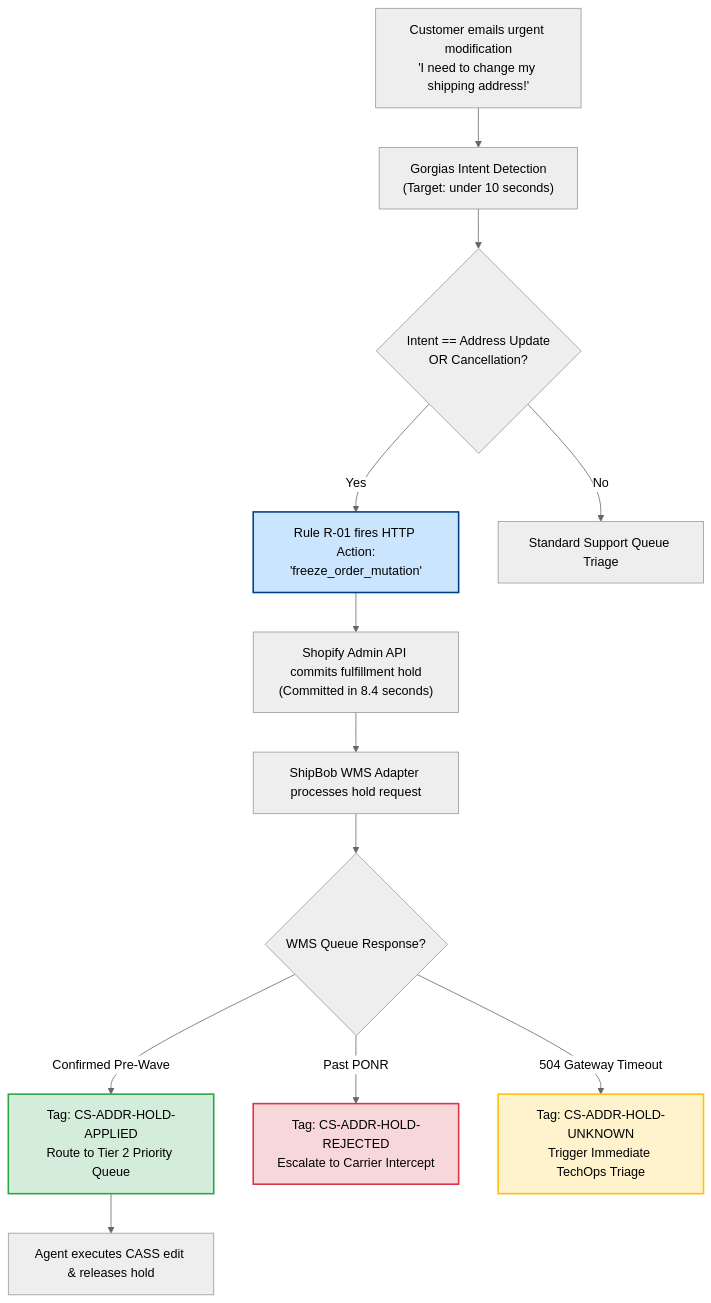
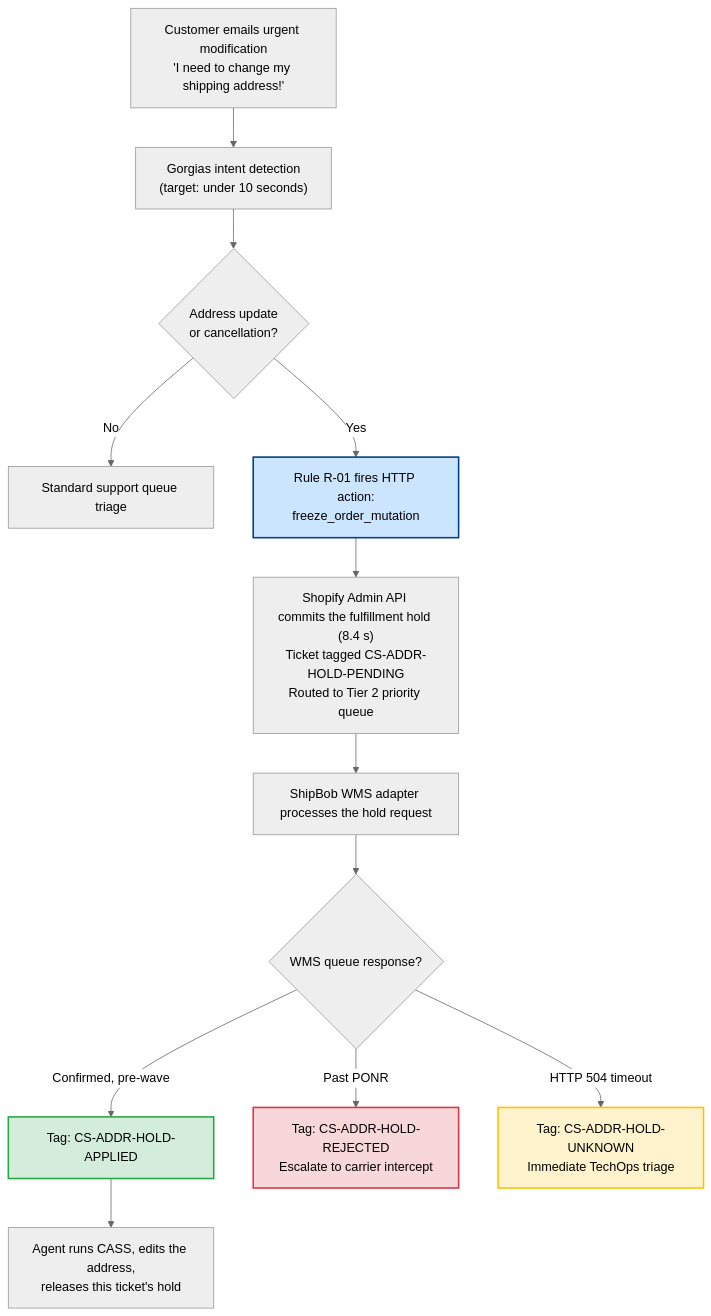
The first of 3 diagrams in domain-6-frontline-helpdesk/MasterDossier-Domain6-FrontlineHelpdeskAutomation.md (riovicsusas/portfolio), drawn with Mermaid (neutral theme) before and after one commit. The commit also changed other lines of this file and 1 other file, not shown here.

````diff
--- a/domain-6-frontline-helpdesk/MasterDossier-Domain6-FrontlineHelpdeskAutomation.md
+++ b/domain-6-frontline-helpdesk/MasterDossier-Domain6-FrontlineHelpdeskAutomation.md
@@ -68,19 +77,19 @@
 ```mermaid
 flowchart TD
-    A["Customer emails urgent modification<br/>'I need to change my shipping address!'"] --> B["Gorgias Intent Detection<br/>(Target: under 10 seconds)"]
-    B --> C{"Intent == Address Update<br/>OR Cancellation?"}
-    C -- "Yes" --> D["Rule R-01 fires HTTP Action:<br/>'freeze_order_mutation'"]
-    D --> E["Shopify Admin API commits fulfillment hold<br/>(Committed in 8.4 seconds)"]
-    E --> F["ShipBob WMS Adapter processes hold request"]
-    F --> G{"WMS Queue Response?"}
-    G -- "Confirmed Pre-Wave" --> H["Tag: CS-ADDR-HOLD-APPLIED<br/>Route to Tier 2 Priority Queue"]
-    G -- "Past PONR" --> I["Tag: CS-ADDR-HOLD-REJECTED<br/>Escalate to Carrier Intercept"]
-    G -- "504 Gateway Timeout" --> J["Tag: CS-ADDR-HOLD-UNKNOWN<br/>Trigger Immediate TechOps Triage"]
-    H --> K["Agent executes CASS edit & releases hold"]
-    C -- "No" --> L["Standard Support Queue Triage"]
+    A["Customer emails urgent modification<br/>'I need to change my shipping address!'"] --> B["Gorgias intent detection<br/>(target: under 10 seconds)"]
+    B --> C{"Address update<br/>or cancellation?"}
+    C -- "No" --> L["Standard support queue triage"]
+    C -- "Yes" --> D["Rule R-01 fires HTTP action:<br/>freeze_order_mutation"]
+    D --> E["Shopify Admin API commits the fulfillment hold (8.4 s)<br/>Ticket tagged CS-ADDR-HOLD-PENDING<br/>Routed to Tier 2 priority queue"]
+    E --> F["ShipBob WMS adapter processes the hold request"]
+    F --> G{"WMS queue response?"}
+    G -- "Confirmed, pre-wave" --> H["Tag: CS-ADDR-HOLD-APPLIED"]
+    G -- "Past PONR" --> I["Tag: CS-ADDR-HOLD-REJECTED<br/>Escalate to carrier intercept"]
+    G -- "HTTP 504 timeout" --> J["Tag: CS-ADDR-HOLD-UNKNOWN<br/>Immediate TechOps triage"]
+    H --> K["Agent runs CASS, edits the address,<br/>releases this ticket's hold"]
 
     style D fill:#cce5ff,stroke:#004085,stroke-width:2px;
     style H fill:#d4edda,stroke:#28a745,stroke-width:2px;
     style I fill:#f8d7da,stroke:#dc3545,stroke-width:2px;
     style J fill:#fff3cd,stroke:#ffc107,stroke-width:2px;
 ```
````
